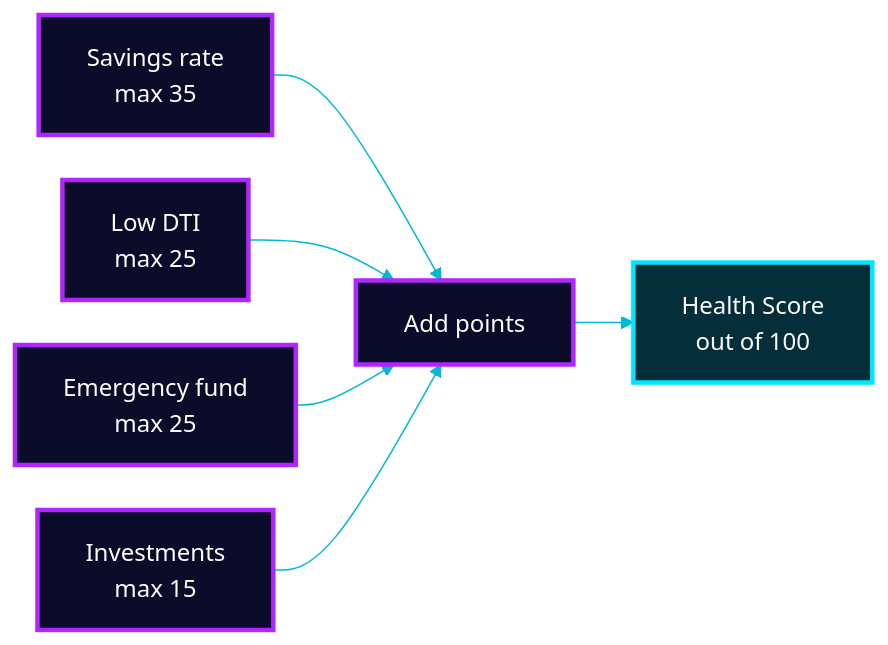
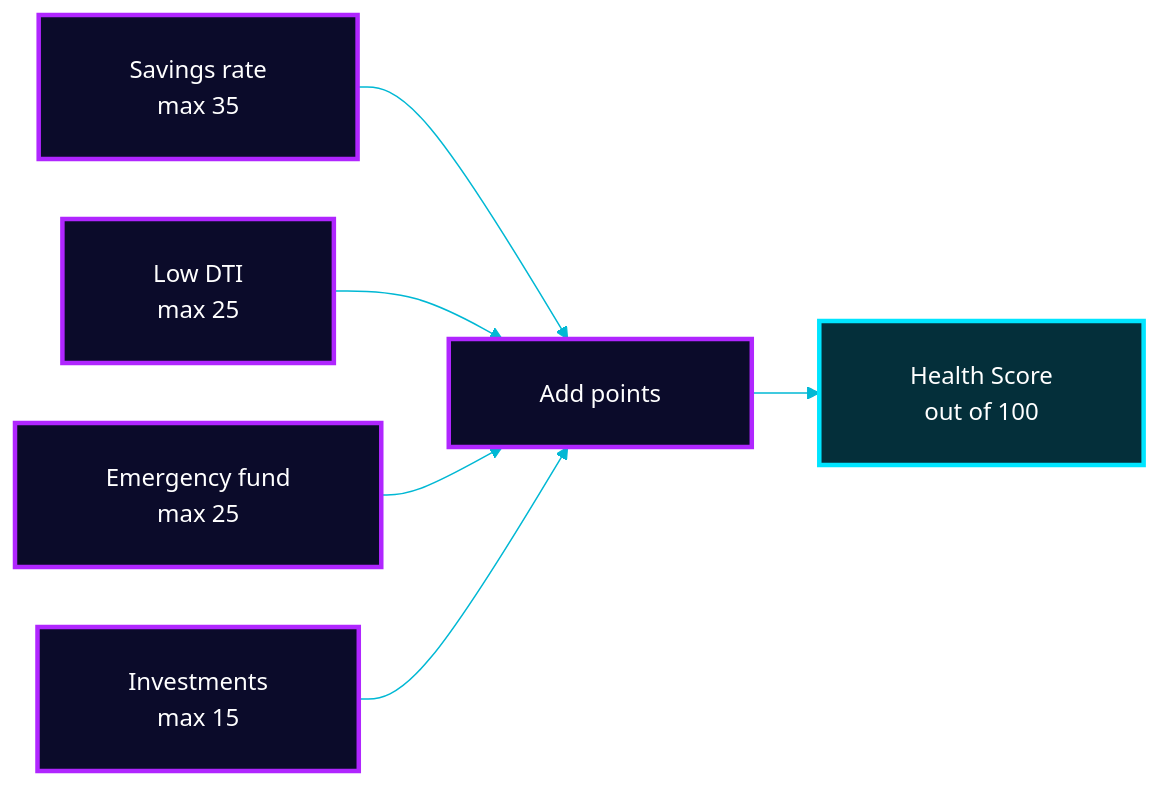
Before and after one commit to Mansi232323/MANSHORA: the tenth of 17 diagrams in README.md, drawn with Mermaid. The commit also changed other lines of this file, not shown here.

````diff
--- a/README.md
+++ b/README.md
@@ -357,13 +356,13 @@
 ```mermaid
-%%{init: {'theme':'base','themeVariables':{'fontSize':'16px','fontFamily':'Arial, Helvetica, sans-serif','primaryColor':'#0b0b2a','primaryTextColor':'#ffffff','primaryBorderColor':'#b026ff','lineColor':'#00b8d4','textColor':'#ffffff','edgeLabelBackground':'#0b0b2a'},'flowchart':{'htmlLabels':true,'nodeSpacing':30,'rankSpacing':40,'padding':16,'curve':'basis','wrappingWidth':240,'useMaxWidth':true}}}%%
+%%{init: {'theme':'base','themeVariables':{'fontSize':'16px','primaryColor':'#0b0b2a','primaryTextColor':'#ffffff','primaryBorderColor':'#b026ff','lineColor':'#00b8d4','textColor':'#ffffff','edgeLabelBackground':'#0b0b2a'},'flowchart':{'htmlLabels':true,'nodeSpacing':40,'rankSpacing':45,'padding':24,'curve':'basis','wrappingWidth':400,'useMaxWidth':true}}}%%
 flowchart LR
-    SR["Savings rate<br/>max 35"] --> SUM["Add points"]
-    DT["Low DTI<br/>max 25"] --> SUM
-    EF["Emergency fund<br/>max 25"] --> SUM
-    IV["Investments<br/>max 15"] --> SUM
-    SUM --> SC["Health Score<br/>out of 100"]
+    SR["&nbsp;&nbsp;&nbsp;Savings rate&nbsp;&nbsp;&nbsp;<br/>&nbsp;&nbsp;&nbsp;max 35&nbsp;&nbsp;&nbsp;"] --> SUM["&nbsp;&nbsp;&nbsp;Add points&nbsp;&nbsp;&nbsp;"]
+    DT["&nbsp;&nbsp;&nbsp;Low DTI&nbsp;&nbsp;&nbsp;<br/>&nbsp;&nbsp;&nbsp;max 25&nbsp;&nbsp;&nbsp;"] --> SUM
+    EF["&nbsp;&nbsp;&nbsp;Emergency fund&nbsp;&nbsp;&nbsp;<br/>&nbsp;&nbsp;&nbsp;max 25&nbsp;&nbsp;&nbsp;"] --> SUM
+    IV["&nbsp;&nbsp;&nbsp;Investments&nbsp;&nbsp;&nbsp;<br/>&nbsp;&nbsp;&nbsp;max 15&nbsp;&nbsp;&nbsp;"] --> SUM
+    SUM --> SC["&nbsp;&nbsp;&nbsp;Health Score&nbsp;&nbsp;&nbsp;<br/>&nbsp;&nbsp;&nbsp;out of 100&nbsp;&nbsp;&nbsp;"]
     classDef a fill:#0b0b2a,stroke:#b026ff,stroke-width:3px,color:#ffffff
     classDef o fill:#042f3a,stroke:#00e5ff,stroke-width:3px,color:#ffffff
     class SR,DT,EF,IV,SUM a
     class SC o
 ```
````
